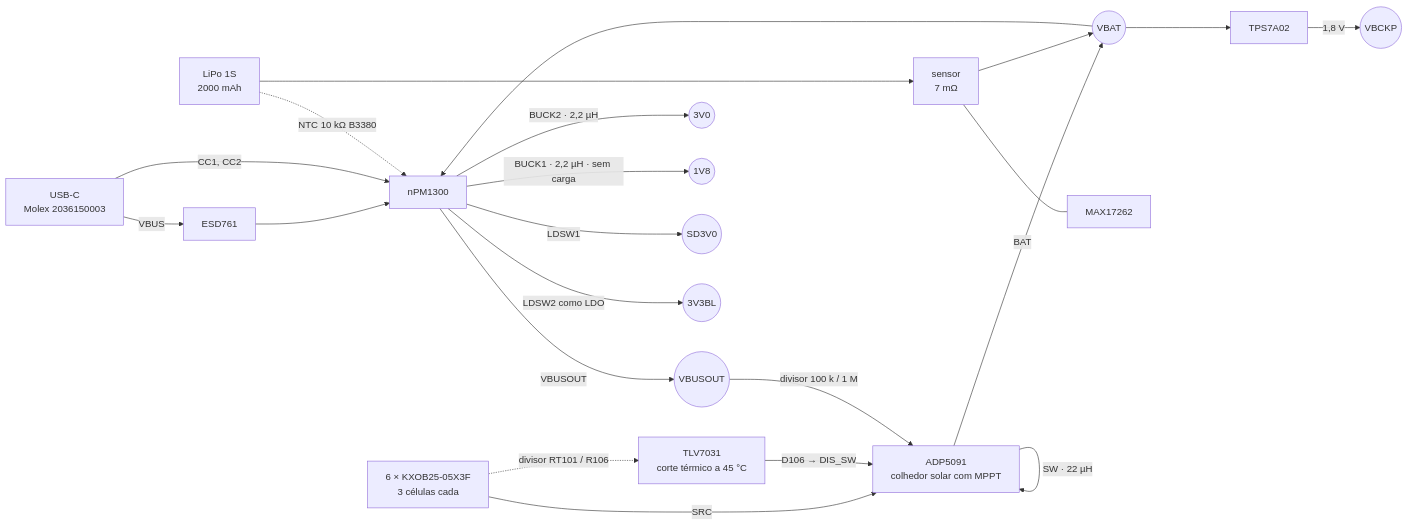
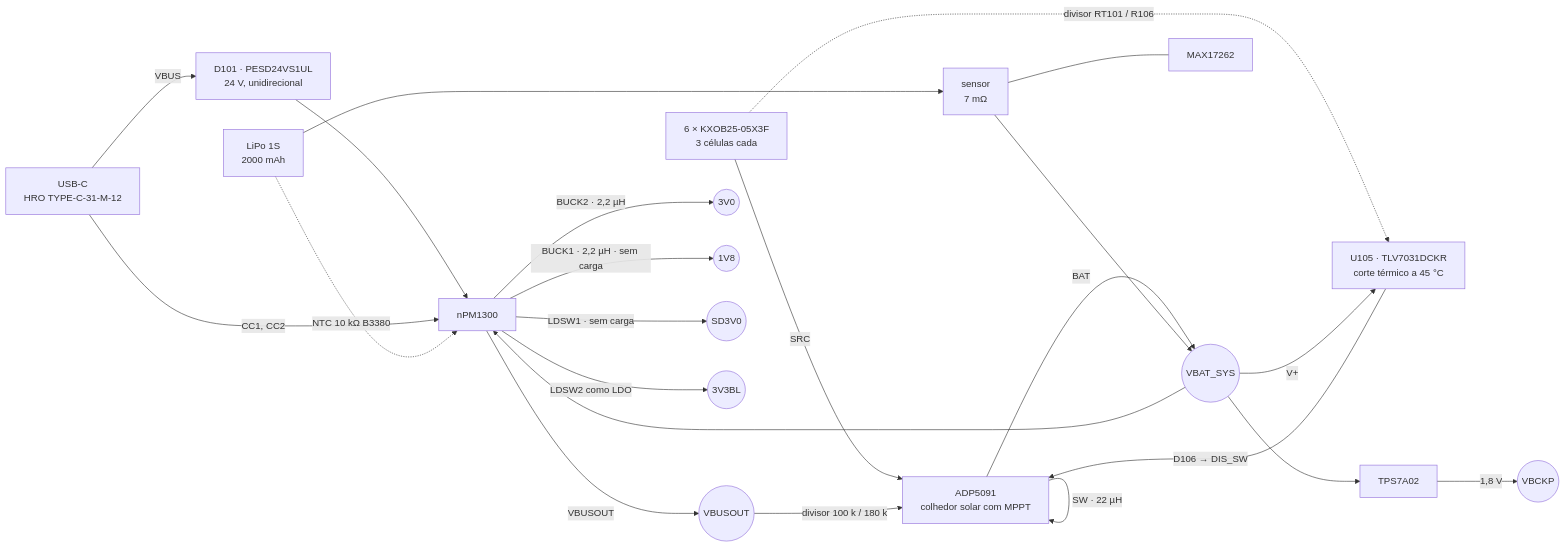
One commit to Guiimartinho/gnss-bike-computer changed the first of 6 diagrams in hardware_gnssbike/01-esquematico.md. Above: the diagram before and after it, drawn with Mermaid. The commit also changed other lines of this file and 63 other files, not shown here.

````diff
--- a/hardware_gnssbike/01-esquematico.md
+++ b/hardware_gnssbike/01-esquematico.md
@@ -49,27 +49,28 @@
 ```mermaid
 flowchart LR
-    USB["USB-C<br/>Molex 2036150003"]
-    TVS["ESD761"]
+    USB["USB-C<br/>HRO TYPE-C-31-M-12"]
+    TVS["D101 · PESD24VS1UL<br/>24 V, unidirecional"]
     USB -->|"VBUS"| TVS --> NPM
     USB -->|"CC1, CC2"| NPM
 
     PV["6 × KXOB25-05X3F<br/>3 células cada"] -->|"SRC"| AEM["ADP5091<br/>colhedor solar com MPPT"]
     AEM -->|"SW · 22 µH"| AEM
-    AEM -->|"BAT"| VBAT(("VBAT"))
-    PV -.->|"divisor RT101 / R106"| CMP["TLV7031<br/>corte térmico a 45 °C"]
+    AEM -->|"BAT"| VBAT(("VBAT_SYS"))
+    PV -.->|"divisor RT101 / R106"| CMP["U105 · TLV7031DCKR<br/>corte térmico a 45 °C"]
+    VBAT -->|"V+"| CMP
     CMP -->|"D106 → DIS_SW"| AEM
 
     CELL["LiPo 1S<br/>2000 mAh"] --> RS["sensor<br/>7 mΩ"] --> VBAT
     CELL -.->|"NTC 10 kΩ B3380"| NPM
     RS --- GAUGE["MAX17262"]
 
     VBAT --> NPM["nPM1300"]
     VBAT --> TPS["TPS7A02"] -->|"1,8 V"| VBCKP(("VBCKP"))
 
     NPM -->|"VBUSOUT"| VOUT(("VBUSOUT"))
     NPM -->|"BUCK2 · 2,2 µH"| R3V0(("3V0"))
     NPM -->|"BUCK1 · 2,2 µH · sem carga"| R1V8(("1V8"))
-    NPM -->|"LDSW1"| RSD(("SD3V0"))
+    NPM -->|"LDSW1 · sem carga"| RSD(("SD3V0"))
     NPM -->|"LDSW2 como LDO"| RBL(("3V3BL"))
-    VOUT -->|"divisor 100 k / 1 M"| AEM
+    VOUT -->|"divisor 100 k / 180 k"| AEM
 ```
````
